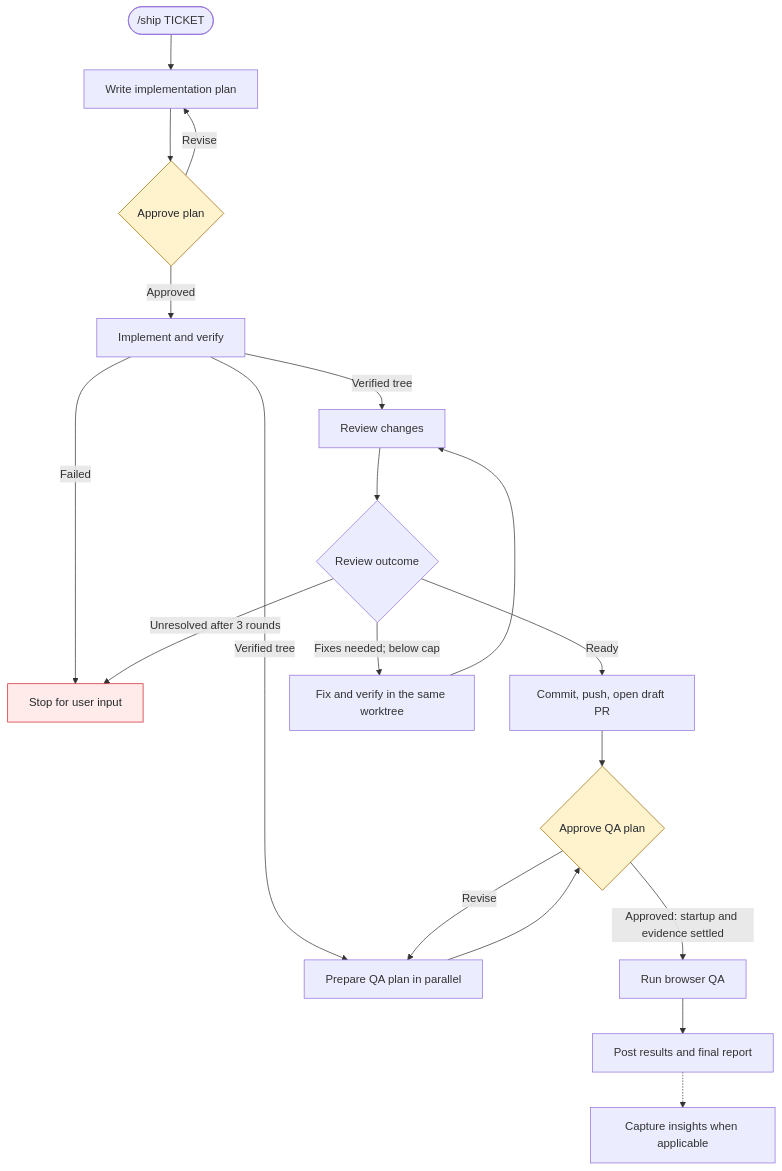
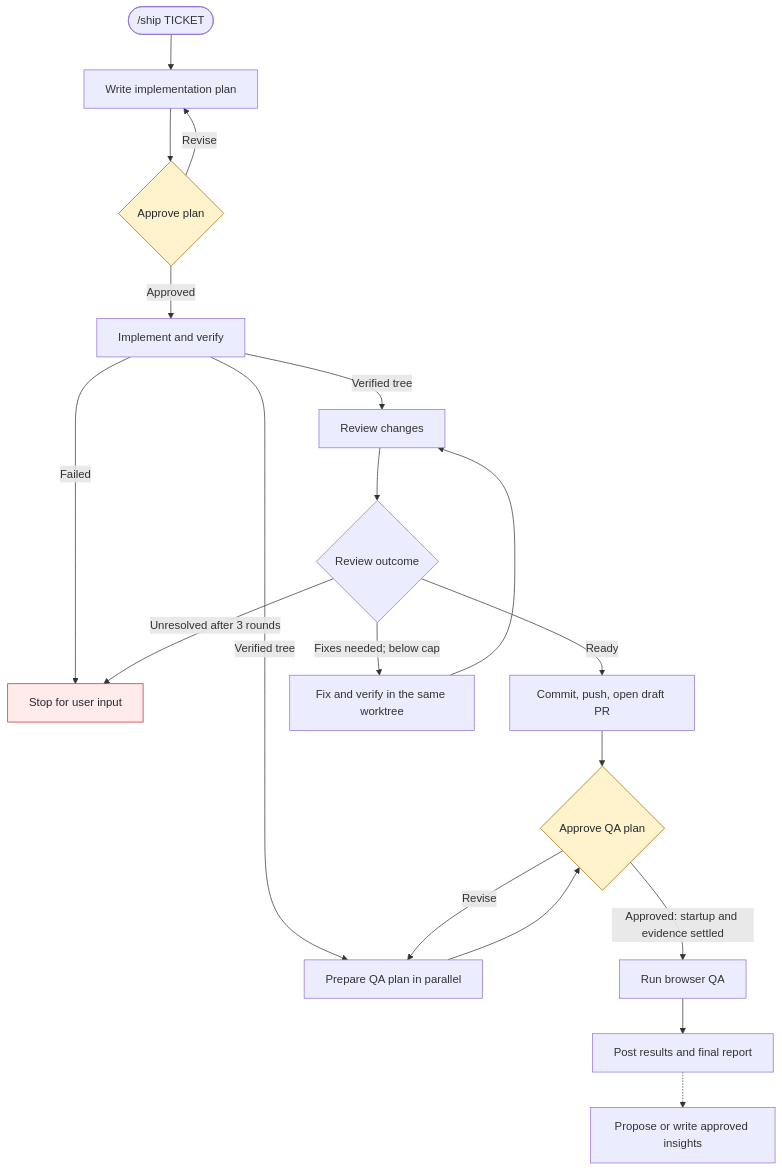
Before and after one commit to eugenegodun/ship: the diagram in README.md, drawn with Mermaid. The commit also changed other lines of this file and 18 other files, not shown here.

````diff
--- a/README.md
+++ b/README.md
@@ -26,30 +26,30 @@
 ```mermaid
 flowchart TD
     Start(["/ship TICKET"]) --> Plan["Write implementation plan"]
 
     Plan --> PG{"Approve plan"}
     PG -->|Revise| Plan
     PG -->|Approved| Implement["Implement and verify"]
 
     Implement -->|Verified tree| Review["Review changes"]
     Implement -->|Verified tree| QAPlan["Prepare QA plan in parallel"]
     Implement -->|Failed| Halt["Stop for user input"]
 
     Review --> Verdict{"Review outcome"}
     Verdict -->|Ready| PR["Commit, push, open draft PR"]
     Verdict -->|Fixes needed; below cap| Fix["Fix and verify in the same worktree"]
     Fix --> Review
     Verdict -->|Unresolved after 3 rounds| Halt
 
     PR --> QG{"Approve QA plan"}
     QAPlan --> QG
     QG -->|Revise| QAPlan
     QG -->|Approved: startup and evidence settled| QA["Run browser QA"]
     QA --> Results["Post results and final report"]
-    Results -.-> Insights["Capture insights when applicable"]
+    Results -.-> Insights["Propose or write approved insights"]
 
     classDef approval fill:#fff3cd,stroke:#9a6700,color:#24292f
     classDef stop fill:#ffebe9,stroke:#cf222e,color:#24292f
     class PG,QG approval
     class Halt stop
 ```
````
